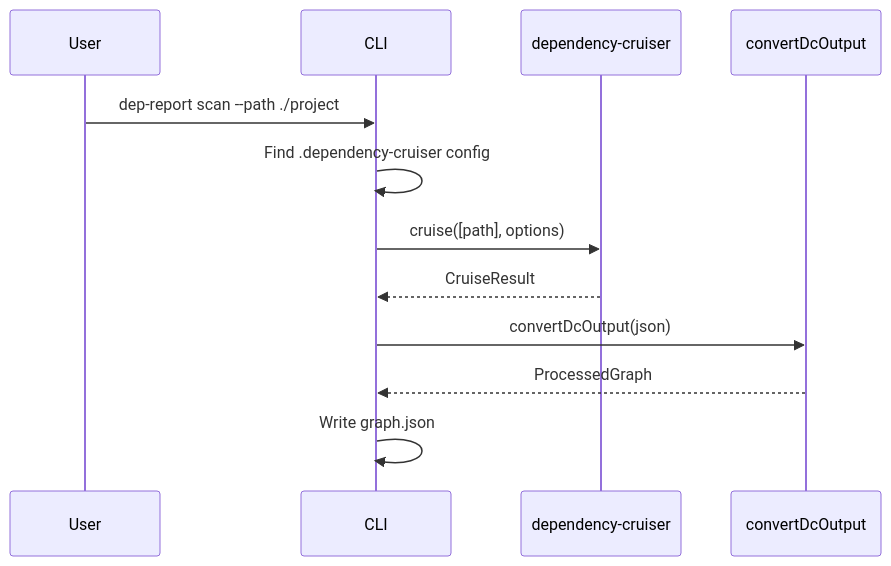
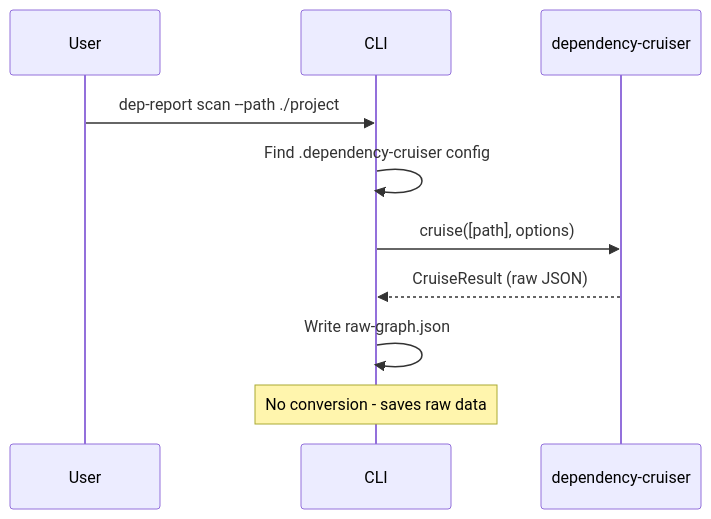
Before and after one commit to fisher-89/dependency-cruiser-reporter: the third of 5 diagrams in docs/architecture/data-flow.md, drawn with Mermaid. The commit also changed other lines of this file and 4 other files, not shown here.

First line of the commit message:
refactor(cli): preserve raw dependency-cruiser data, defer aggregation to server

````diff
--- a/docs/architecture/data-flow.md
+++ b/docs/architecture/data-flow.md
@@ -65,15 +72,13 @@
 ```mermaid
 sequenceDiagram
     participant User
     participant CLI
     participant DC as dependency-cruiser
-    participant Convert as convertDcOutput
 
     User->>CLI: dep-report scan --path ./project
     CLI->>CLI: Find .dependency-cruiser config
     CLI->>DC: cruise([path], options)
-    DC-->>CLI: CruiseResult
-    CLI->>Convert: convertDcOutput(json)
-    Convert-->>CLI: ProcessedGraph
-    CLI->>CLI: Write graph.json
+    DC-->>CLI: CruiseResult (raw JSON)
+    CLI->>CLI: Write raw-graph.json
+    Note over CLI: No conversion - saves raw data
 ```
````
